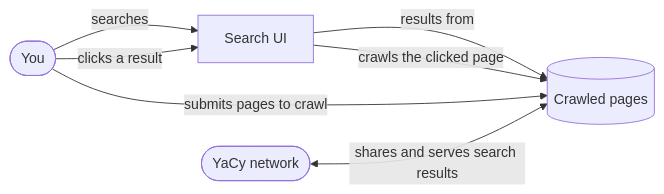
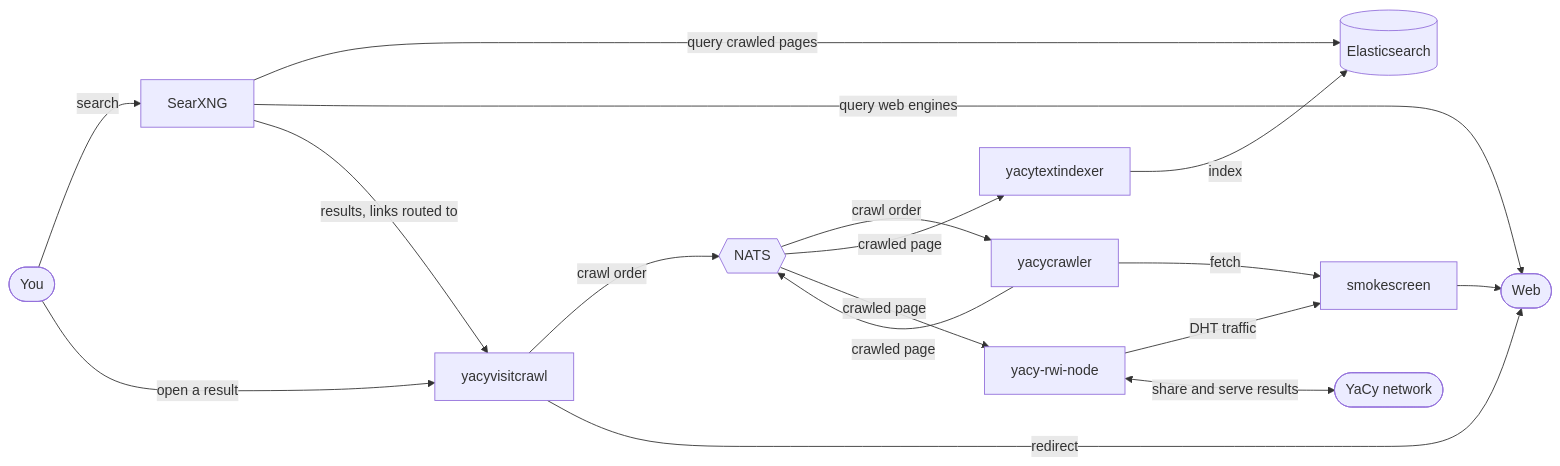
The diagram in examples/full-yacy-stack/README.md (nikitakarpei/my-yacy-node), drawn with Mermaid before and after one commit. The commit also changed other lines of this file, not shown here.

Commit message:
Redraw full-yacy-stack README diagram as service communication flow

````diff
--- a/examples/full-yacy-stack/README.md
+++ b/examples/full-yacy-stack/README.md
@@ -10,9 +10,26 @@
 ```mermaid
 flowchart LR
-    You([You]) -- searches --> UI[Search UI]
-    UI -- results from --> Corpus[(Crawled pages)]
-    You -- clicks a result --> UI
-    UI -- crawls the clicked page --> Corpus
-    You -- submits pages to crawl --> Corpus
-    Peer([YaCy network]) <-- shares and serves search results --> Corpus
+    You([You])
+    Web([Web])
+    Net([YaCy network])
+
+    You -- search --> searxng[SearXNG]
+    searxng -- query crawled pages --> elasticsearch[(Elasticsearch)]
+    searxng -- query web engines --> Web
+    searxng -- results, links routed to --> yacyvisitcrawl[yacyvisitcrawl]
+
+    You -- open a result --> yacyvisitcrawl
+    yacyvisitcrawl -- crawl order --> nats{{NATS}}
+    yacyvisitcrawl -- redirect --> Web
+
+    nats -- crawl order --> yacycrawler[yacycrawler]
+    yacycrawler -- fetch --> smokescreen[smokescreen] --> Web
+    yacycrawler -- crawled page --> nats
+
+    nats -- crawled page --> yacytextindexer[yacytextindexer]
+    yacytextindexer -- index --> elasticsearch
+
+    nats -- crawled page --> node[yacy-rwi-node]
+    node -- DHT traffic --> smokescreen
+    node <-- share and serve results --> Net
 ```
````
